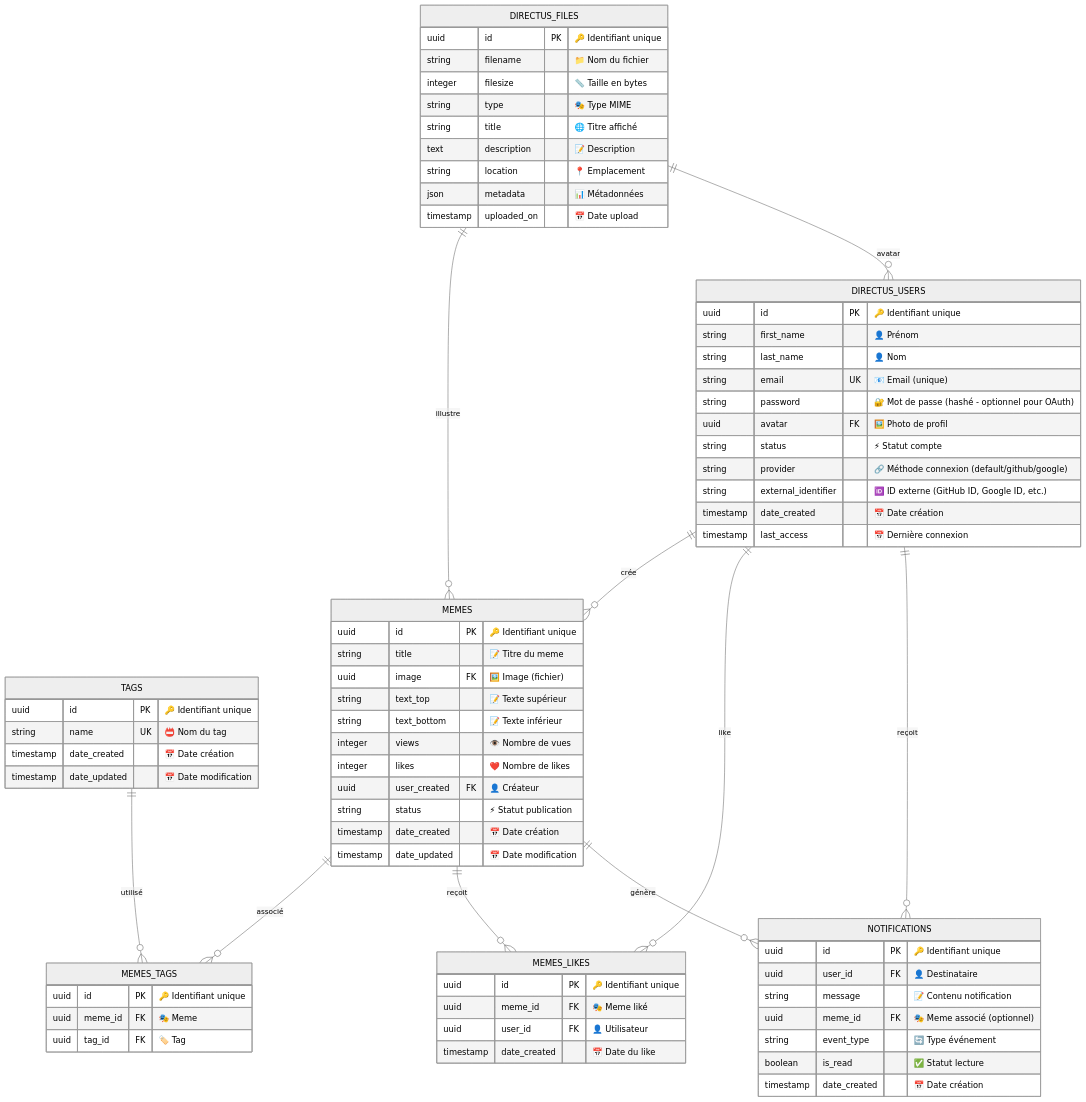
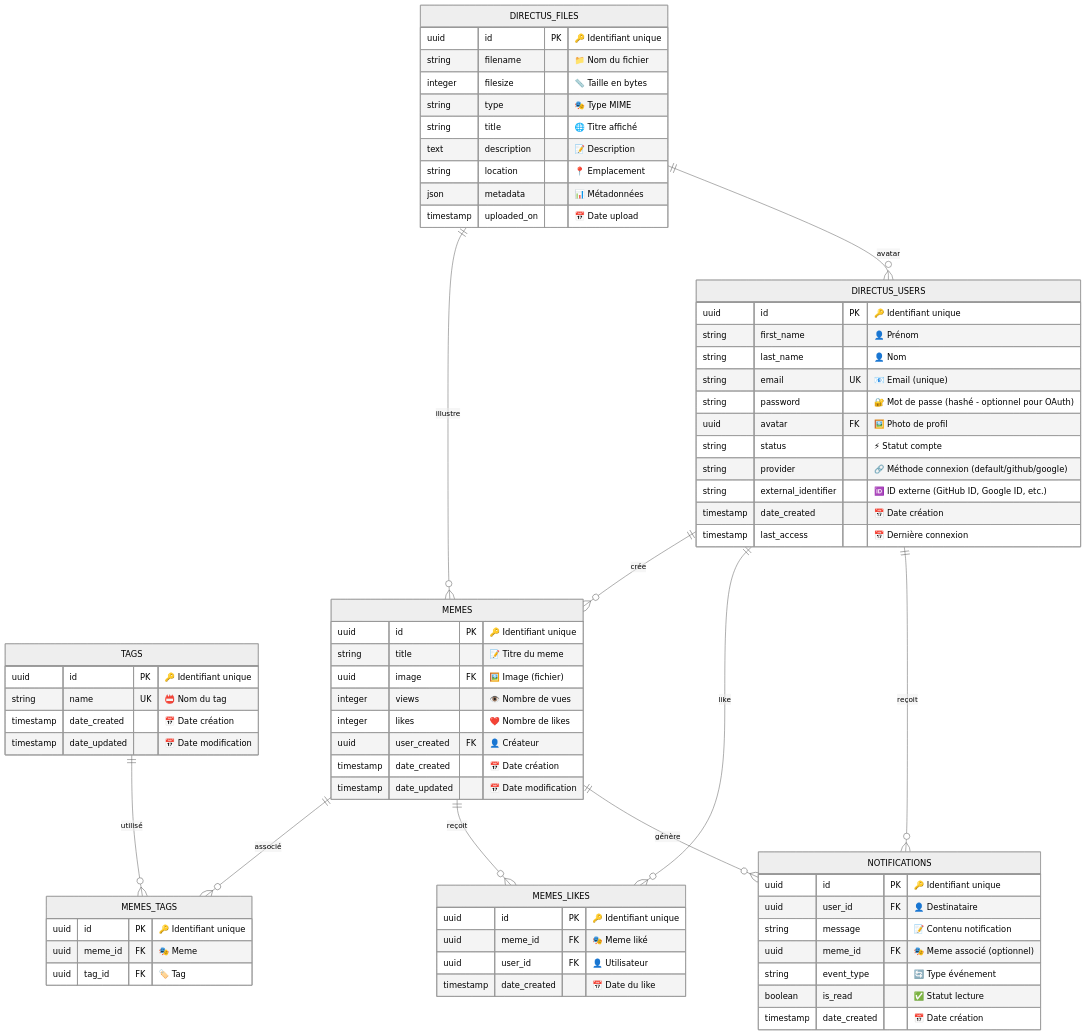
One commit to DamienMarill/cours_strapi_angular changed the diagram in doc/tutoriel-directus-meme-manager.md. Above: the diagram before and after it, drawn with Mermaid (neutral theme). The commit also changed other lines of this file and 4 other files, not shown here.

```diff
--- a/doc/tutoriel-directus-meme-manager.md
+++ b/doc/tutoriel-directus-meme-manager.md
@@ -100,12 +98,9 @@
         uuid id PK "🔑 Identifiant unique"
         string title "📝 Titre du meme"
         uuid image FK "🖼️ Image (fichier)"
-        string text_top "📝 Texte supérieur"
-        string text_bottom "📝 Texte inférieur"
         integer views "👁️ Nombre de vues"
         integer likes "❤️ Nombre de likes"
         uuid user_created FK "👤 Créateur"
-        string status "⚡ Statut publication"
         timestamp date_created "📅 Date création"
         timestamp date_updated "📅 Date modification"
     }
```
